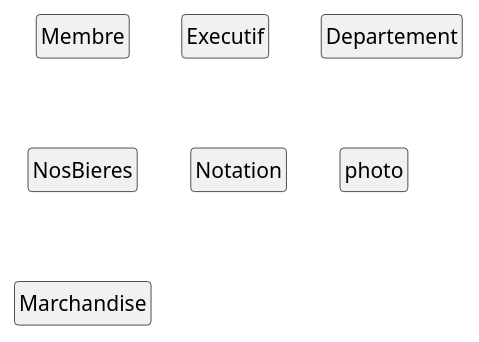
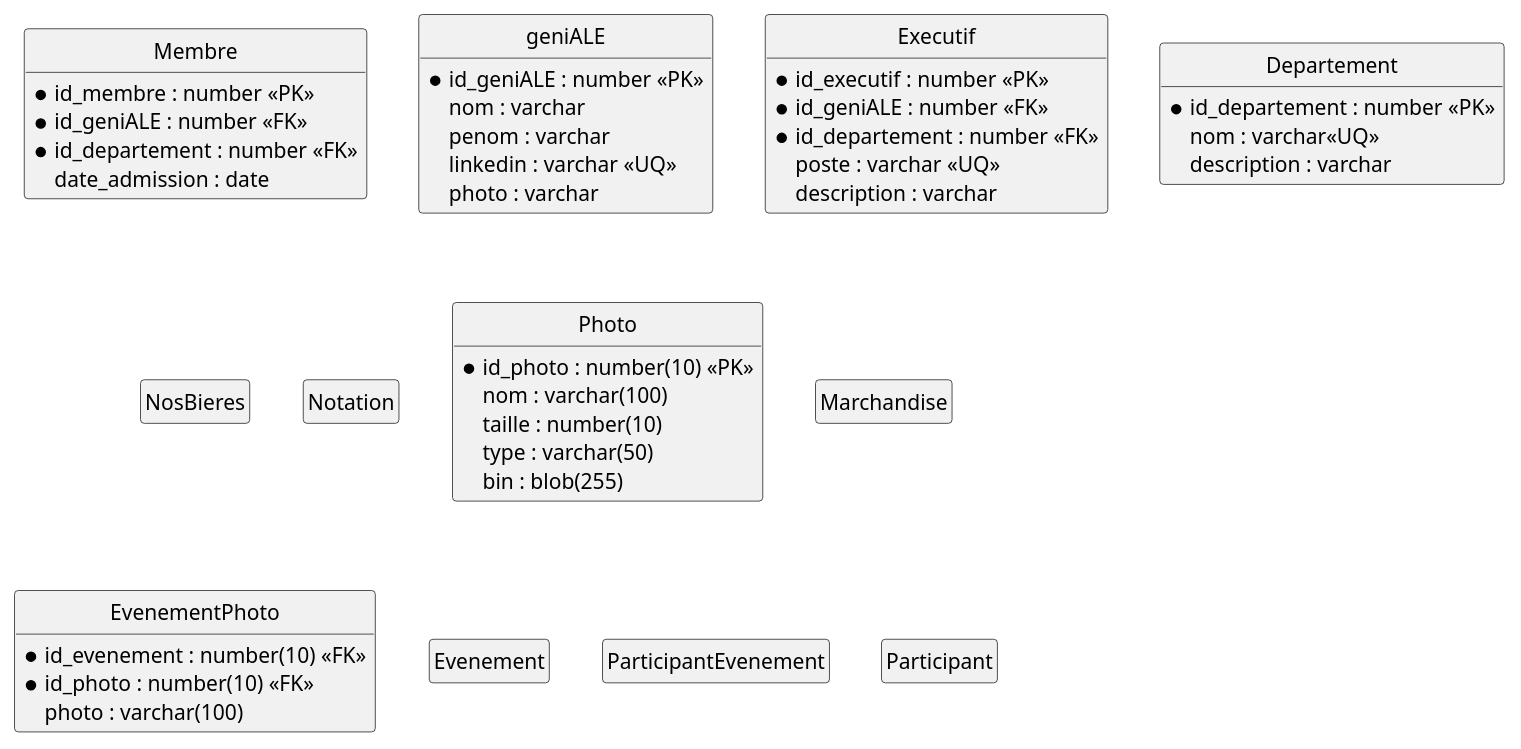
Before and after one commit to GeniALE/ApiGeniALE: the diagram in doc/MLD-DataBase.puml, drawn with PlantUML.

Commit message:
début de la création des tables

```diff
--- a/doc/MLD-DataBase.puml
+++ b/doc/MLD-DataBase.puml
@@ -1,29 +1,72 @@
 @startuml MLD-DataBase
 skinparam style strictuml
 skinparam packageStyle rect
 skinparam defaultfontname xkcd Script
 hide empty members
 
 entity Membre{
+    * id_membre : number <<PK>>
+    * id_geniALE : number <<FK>>
+    * id_departement : number <<FK>>
+    date_admission : date
 }
+
+entity geniALE{
+    * id_geniALE : number <<PK>>
+    nom : varchar
+    penom : varchar
+    linkedin : varchar <<UQ>>
+    photo : varchar
+}
+
 entity Executif{
+    * id_executif : number <<PK>>
+    * id_geniALE : number <<FK>>
+    * id_departement : number <<FK>>
+    poste : varchar <<UQ>>
+    description : varchar  
 }
 entity Departement{
+    * id_departement : number <<PK>>
+    nom : varchar<<UQ>>
+    description : varchar
 }
 entity NosBieres{
 }
 
 entity Notation{
 }
 
-entity photo{
+entity Photo{
+    * id_photo : number(10) <<PK>>
+    nom : varchar(100)
+    taille : number(10)
+    type : varchar(50)
+    bin : blob(255)
 }
 
 entity Marchandise{
+}
+
+entity EvenementPhoto{
+    * id_evenement : number(10) <<FK>>
+    * id_photo : number(10) <<FK>>
+    photo : varchar(100)
+}
+
+entity Evenement{
+}
+
+entity ParticipantEvenement{
+}
+
+entity Participant{
 }
 
 
 
 
 
+
+
 @enduml
```
